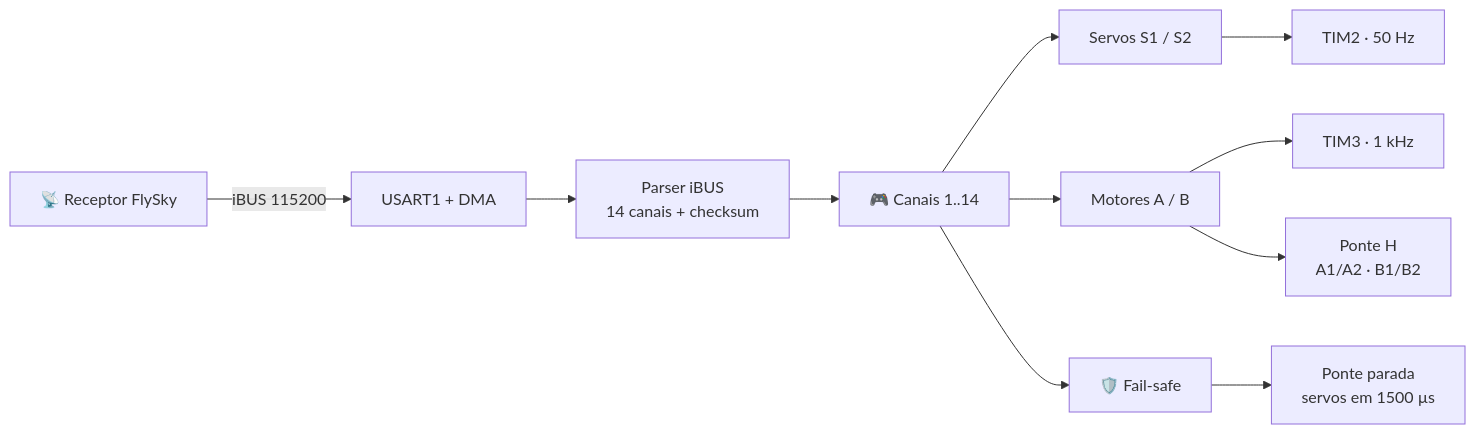
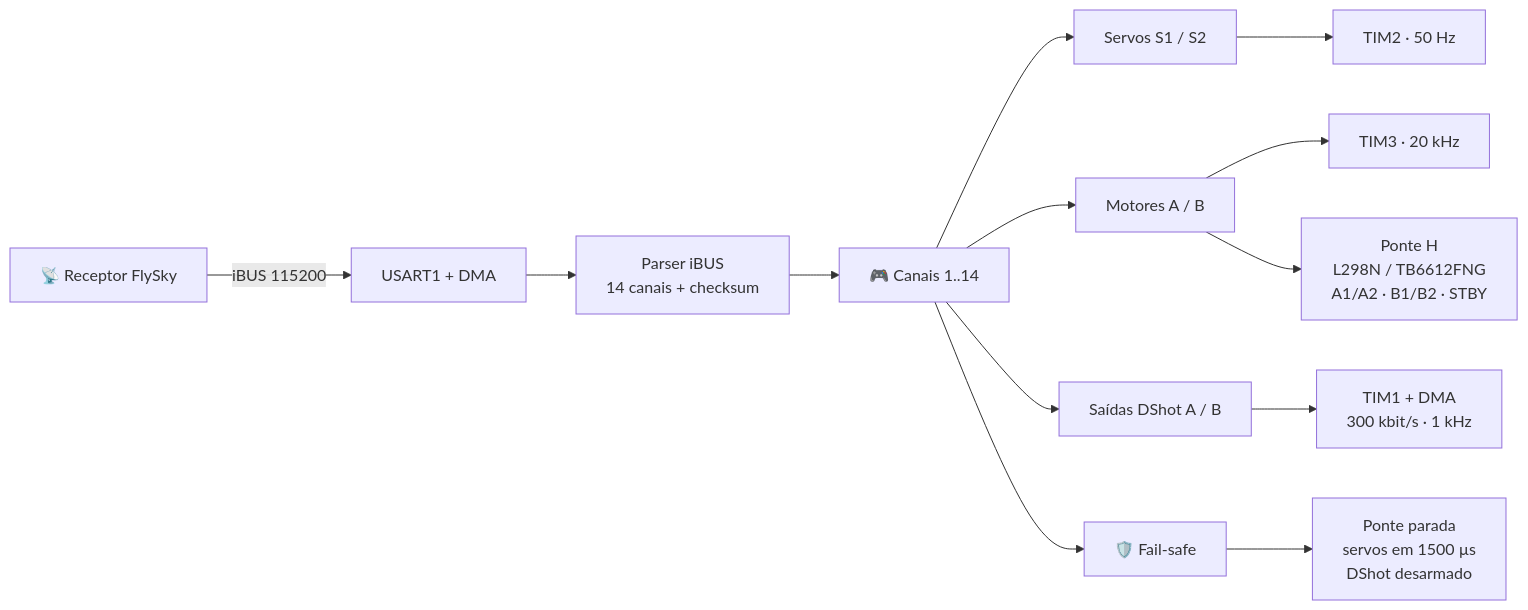
Before and after one commit to NelsonLima07/ESC_Brushed: the diagram in README.md, drawn with Mermaid. The commit also changed other lines of this file and 10 other files, not shown here.

Commit message:
wip: Saidas DShot, nova ponte H, Frequencia PWM 20Khz

````diff
--- a/README.md
+++ b/README.md
@@ -60,13 +62,15 @@
 ```mermaid
 flowchart LR
     RX[📡 Receptor FlySky] -- iBUS 115200 --> UART[USART1 + DMA]
     UART --> PARSER[Parser iBUS<br/>14 canais + checksum]
     PARSER --> MAP[🎮 Canais 1..14]
     MAP --> SERVO[Servos S1 / S2]
     MAP --> MOTOR[Motores A / B]
     SERVO --> TIM2[TIM2 · 50 Hz]
-    MOTOR --> TIM3[TIM3 · 1 kHz]
-    MOTOR --> H[Ponte H<br/>A1/A2 · B1/B2]
+    MOTOR --> TIM3[TIM3 · 20 kHz]
+    MOTOR --> H[Ponte H<br/>L298N / TB6612FNG<br/>A1/A2 · B1/B2 · STBY]
+    MAP --> DSHOT[Saídas DShot A / B]
+    DSHOT --> TIM1[TIM1 + DMA<br/>300 kbit/s · 1 kHz]
     MAP --> FS[🛡️ Fail-safe]
-    FS --> STOP[Ponte parada<br/>servos em 1500 µs]
+    FS --> STOP[Ponte parada<br/>servos em 1500 µs<br/>DShot desarmado]
 ```
````
